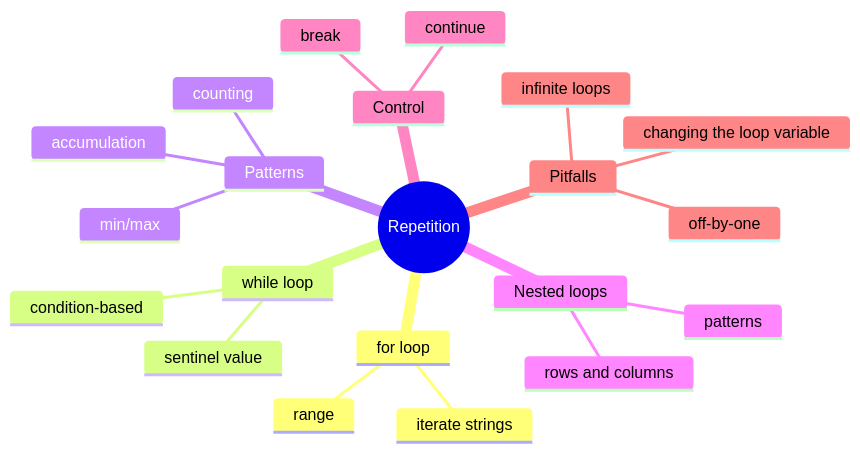
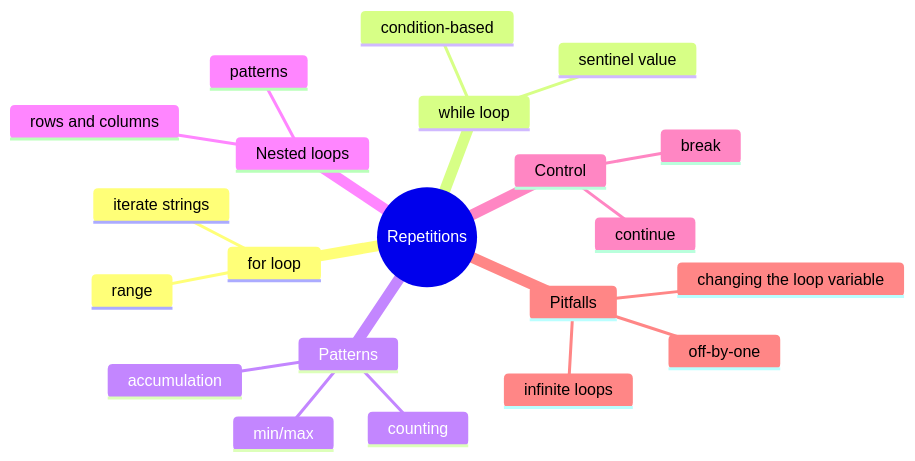
One commit to mAbduqayum/python-workbook changed the diagram in repetitions/_docs/_table_of_contents.md. Above: the diagram before and after it, drawn with Mermaid. The commit also changed 1 other file, not shown here.

Commit message:
new: face each chapter with its mindmap drawn as on ali.tj, enlarge diagram and formula text, and name chapters alike in readme and book
Source-commit: d545915385c80c4b9f6f2c1f0633c0872b5c0dad

````diff
--- a/repetitions/_docs/_table_of_contents.md
+++ b/repetitions/_docs/_table_of_contents.md
@@ -3,24 +3,24 @@
 ```mermaid
 mindmap
-    root((Repetition))
+    root((Repetitions))
         for loop
             range
             iterate strings
         while loop
             condition-based
             sentinel value
         Patterns
             accumulation
             counting
             min/max
         Nested loops
             rows and columns
             patterns
         Control
             break
             continue
         Pitfalls
             infinite loops
             off-by-one
             changing the loop variable
 ```
````
